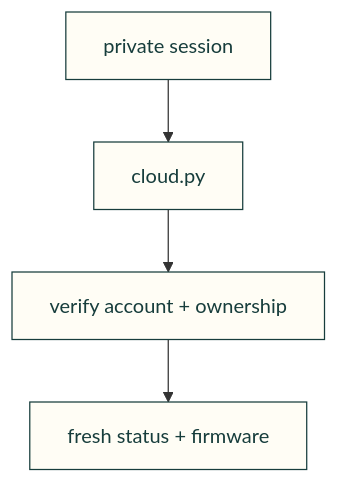
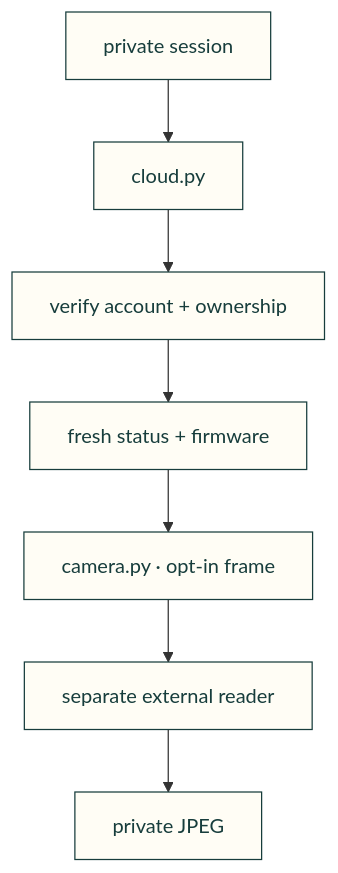
One commit to Valpatel/cad-agent changed the diagram in software/cadagent/manufacturing/devices/bambu/README.md. Above: the diagram before and after it, drawn with Mermaid. The commit also changed other lines of this file and 12 other files, not shown here.

Commit message:
feat: add bounded private P1S camera capture adapter

````diff
--- a/software/cadagent/manufacturing/devices/bambu/README.md
+++ b/software/cadagent/manufacturing/devices/bambu/README.md
@@ -6,8 +7,12 @@
 ```mermaid
 flowchart TD
     S["private session"] --> C["cloud.py"]
     C --> A["verify account + ownership"]
     A --> O["fresh status + firmware"]
+    O --> F["camera.py · opt-in frame"]
+    F --> R["separate external reader"]
+    R --> J["private JPEG"]
     classDef here fill:#fffdf5,stroke:#173d3c,color:#173d3c
     class S,C,A,O here
+    class F,R,J here
 ```
````
